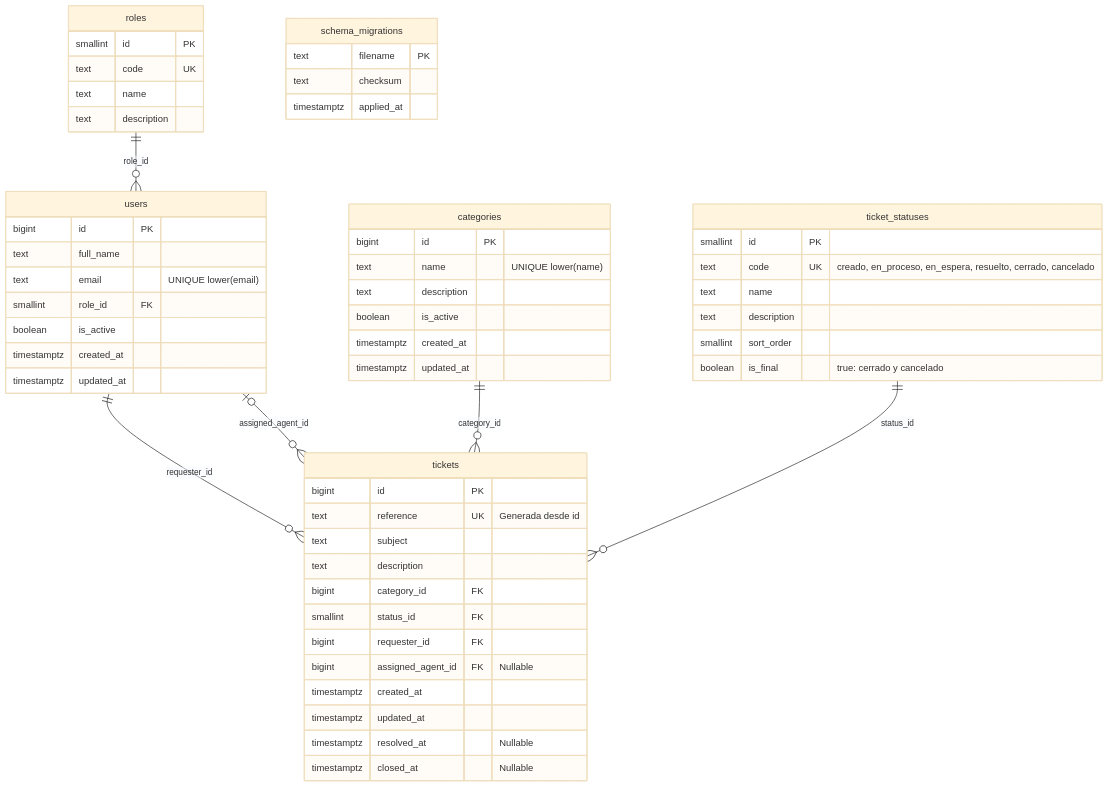
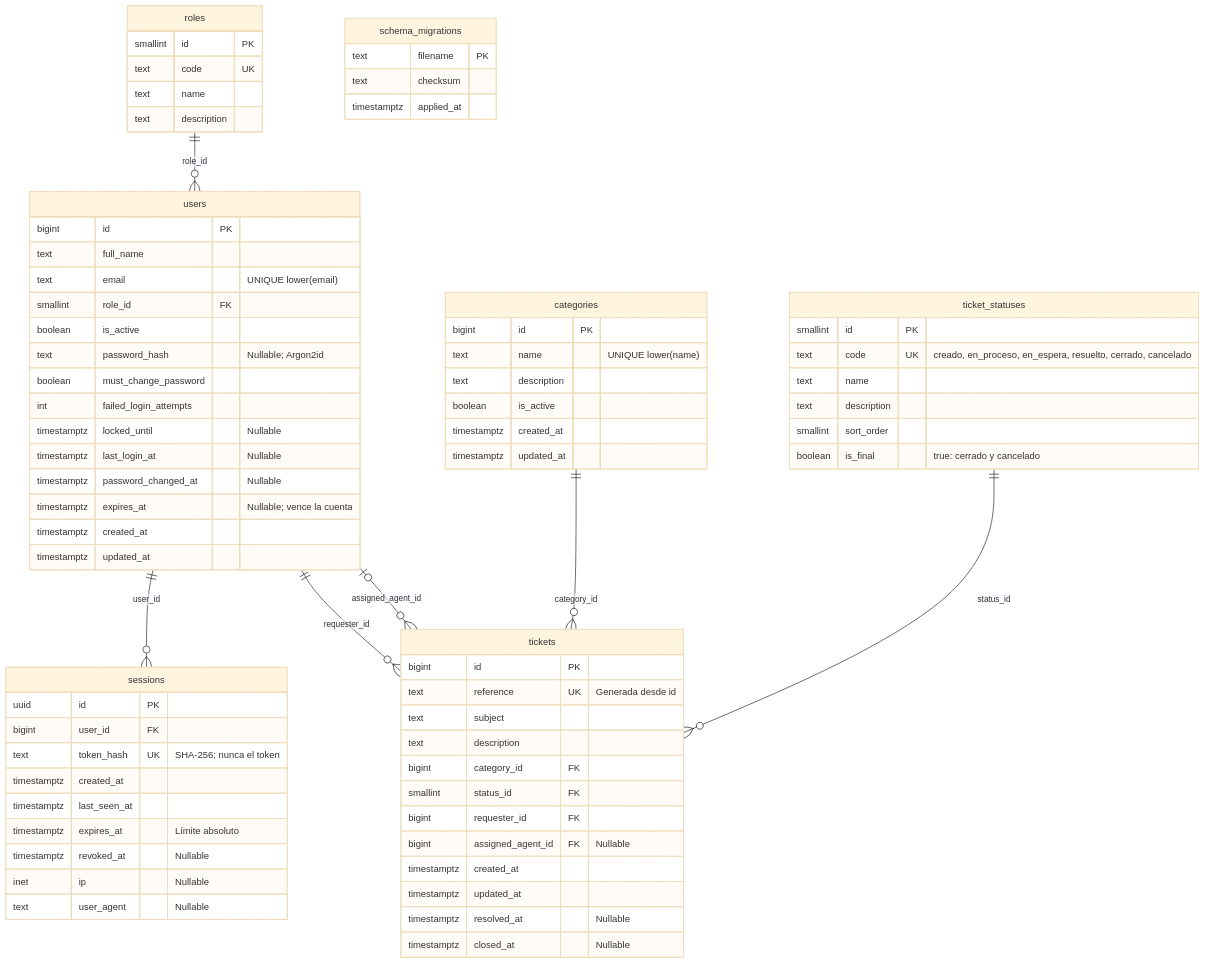
Before and after one commit to Claudia-Lainfiesta/HelpDesk: the diagram in backend/db/README.md, drawn with Mermaid (base theme). The commit also changed other lines of this file and 33 other files, not shown here.

````diff
--- a/backend/db/README.md
+++ b/backend/db/README.md
@@ -139,59 +150,78 @@
 ```mermaid
 erDiagram
     roles ||--o{ users : role_id
+    users ||--o{ sessions : user_id
     users ||--o{ tickets : requester_id
     users o|--o{ tickets : assigned_agent_id
     categories ||--o{ tickets : category_id
     ticket_statuses ||--o{ tickets : status_id
 
     roles {
         smallint id PK
         text code UK
         text name
         text description
     }
     users {
         bigint id PK
         text full_name
         text email "UNIQUE lower(email)"
         smallint role_id FK
         boolean is_active
+        text password_hash "Nullable; Argon2id"
+        boolean must_change_password
+        int failed_login_attempts
+        timestamptz locked_until "Nullable"
+        timestamptz last_login_at "Nullable"
+        timestamptz password_changed_at "Nullable"
+        timestamptz expires_at "Nullable; vence la cuenta"
         timestamptz created_at
         timestamptz updated_at
+    }
+    sessions {
+        uuid id PK
+        bigint user_id FK
+        text token_hash UK "SHA-256; nunca el token"
+        timestamptz created_at
+        timestamptz last_seen_at
+        timestamptz expires_at "Límite absoluto"
+        timestamptz revoked_at "Nullable"
+        inet ip "Nullable"
+        text user_agent "Nullable"
     }
     categories {
         bigint id PK
         text name "UNIQUE lower(name)"
         text description
         boolean is_active
         timestamptz created_at
         timestamptz updated_at
     }
     ticket_statuses {
         smallint id PK
         text code UK "creado, en_proceso, en_espera, resuelto, cerrado, cancelado"
         text name
         text description
         smallint sort_order
         boolean is_final "true: cerrado y cancelado"
     }
     tickets {
         bigint id PK
         text reference UK "Generada desde id"
         text subject
         text description
         bigint category_id FK
         smallint status_id FK
         bigint requester_id FK
         bigint assigned_agent_id FK "Nullable"
         timestamptz created_at
         timestamptz updated_at
         timestamptz resolved_at "Nullable"
         timestamptz closed_at "Nullable"
     }
     schema_migrations {
         text filename PK
         text checksum
         timestamptz applied_at
     }
 ```
````
